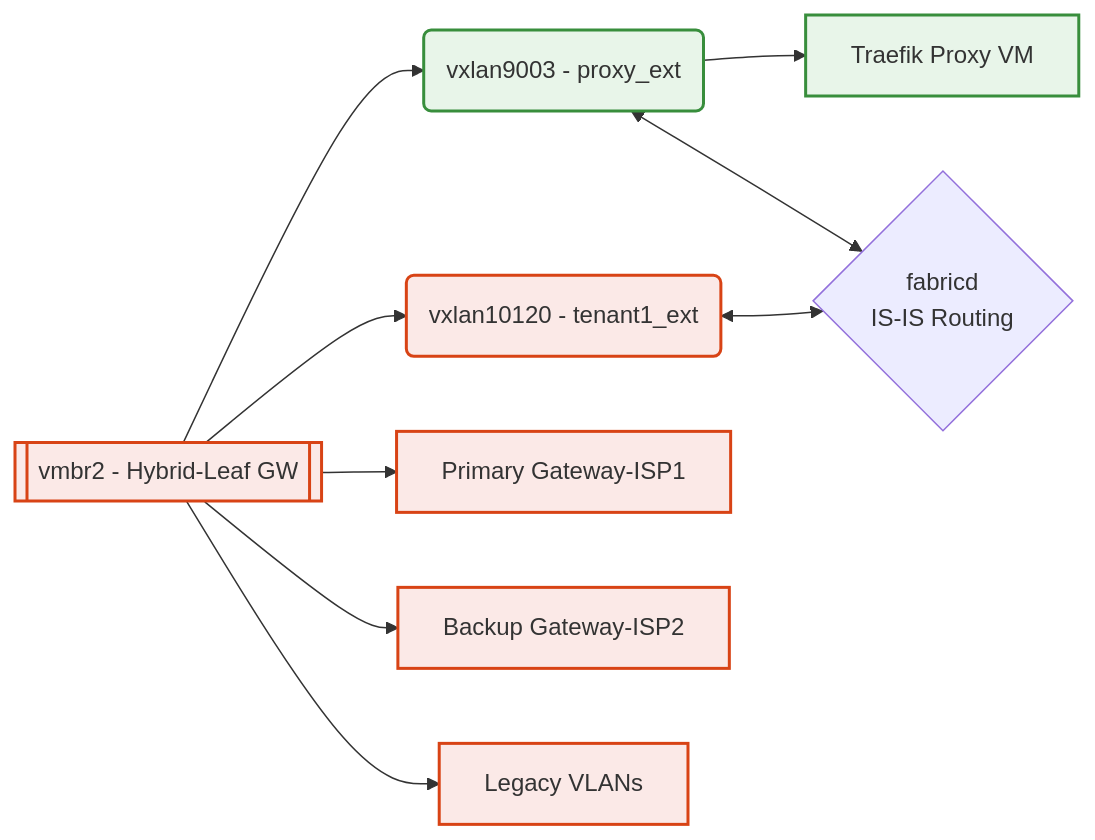
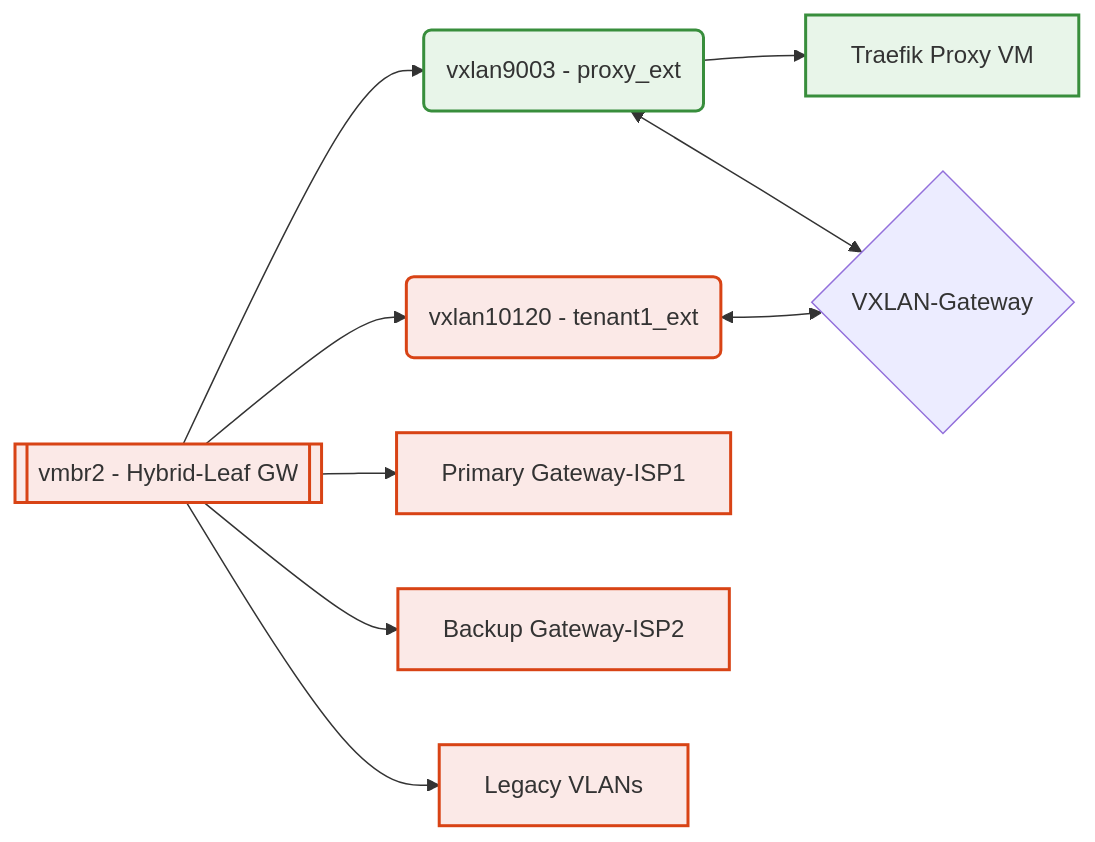
One commit to CEP-Comwell/proxmox_addons changed the fourth of 4 diagrams in README.md. Above: the diagram before and after it, drawn with Mermaid. The commit also changed other lines of this file, not shown here.

Commit message:
updated fabricd to VXLAN-Gateway

````diff
--- a/README.md
+++ b/README.md
@@ -147,25 +147,25 @@
 ```mermaid
 graph LR
 ExtBridge[[vmbr2 - Hybrid-Leaf GW]]
 VX9003(vxlan9003 - proxy_ext)
 VX10120(vxlan10120 - tenant1_ext)
 Gateway1[Primary Gateway-ISP1]
 Gateway2[Backup Gateway-ISP2]
 LegacyVLAN[Legacy VLANs]
 ProxyVM[Traefik Proxy VM]
-Fabricd{fabricd\nIS-IS Routing}
+VXLANGW{VXLAN-Gateway}
 
 ExtBridge --> VX9003
 ExtBridge --> VX10120
 ExtBridge --> Gateway1
 ExtBridge --> Gateway2
 ExtBridge --> LegacyVLAN
 VX9003 --> ProxyVM
-VX9003 <--> Fabricd
-VX10120 <--> Fabricd
+VX9003 <--> VXLANGW
+VX10120 <--> VXLANGW
 
 classDef ext fill:#fbe9e7,stroke:#d84315,stroke-width:2px;
 classDef proxy fill:#e8f5e9,stroke:#388e3c,stroke-width:2px;
 class ExtBridge,VX10120,Gateway1,Gateway2,LegacyVLAN ext;
 class VX9003,ProxyVM proxy;
 ```
````
